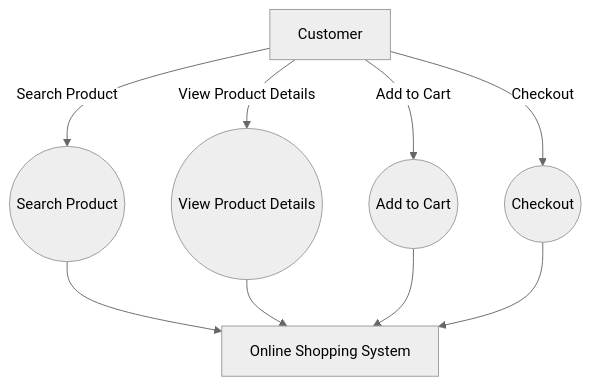
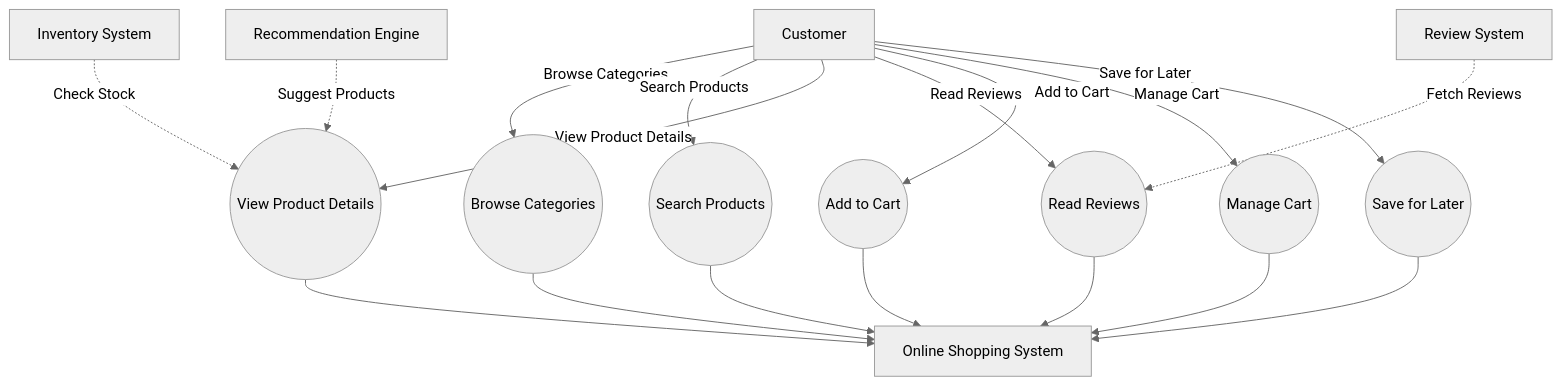
The second of 2 diagrams in MGIS720/240928/Assignment2.md (Gloridust/DataAnalyzeLesson), drawn with Mermaid (neutral theme) before and after one commit. The commit also changed other lines of this file, not shown here.

````diff
--- a/MGIS720/240928/Assignment2.md
+++ b/MGIS720/240928/Assignment2.md
@@ -45,11 +118,20 @@
 ```mermaid
 graph TD
-    A[Customer] -->|Search Product| B((Search Product))
-    A -->|View Product Details| C((View Product Details))
-    A -->|Add to Cart| D((Add to Cart))
-    A -->|Checkout| E((Checkout))
-    B --> F[Online Shopping System]
-    C --> F
-    D --> F
-    E --> F
+    A[Customer] -->|Browse Categories| B((Browse Categories))
+    A -->|Search Products| C((Search Products))
+    A -->|View Product Details| D((View Product Details))
+    A -->|Read Reviews| E((Read Reviews))
+    A -->|Add to Cart| F((Add to Cart))
+    A -->|Manage Cart| G((Manage Cart))
+    A -->|Save for Later| H((Save for Later))
+    B --> I[Online Shopping System]
+    C --> I
+    D --> I
+    E --> I
+    F --> I
+    G --> I
+    H --> I
+    J[Inventory System] -.->|Check Stock| D
+    K[Review System] -.->|Fetch Reviews| E
+    L[Recommendation Engine] -.->|Suggest Products| D
 ```
````
